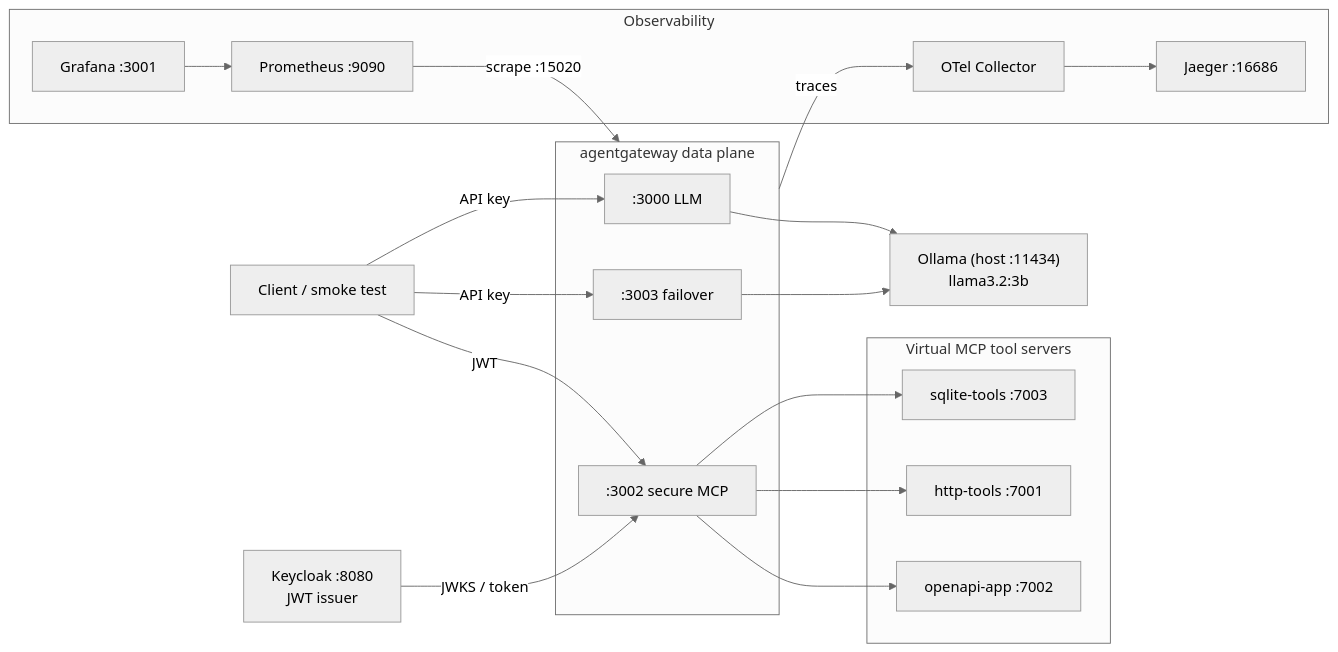
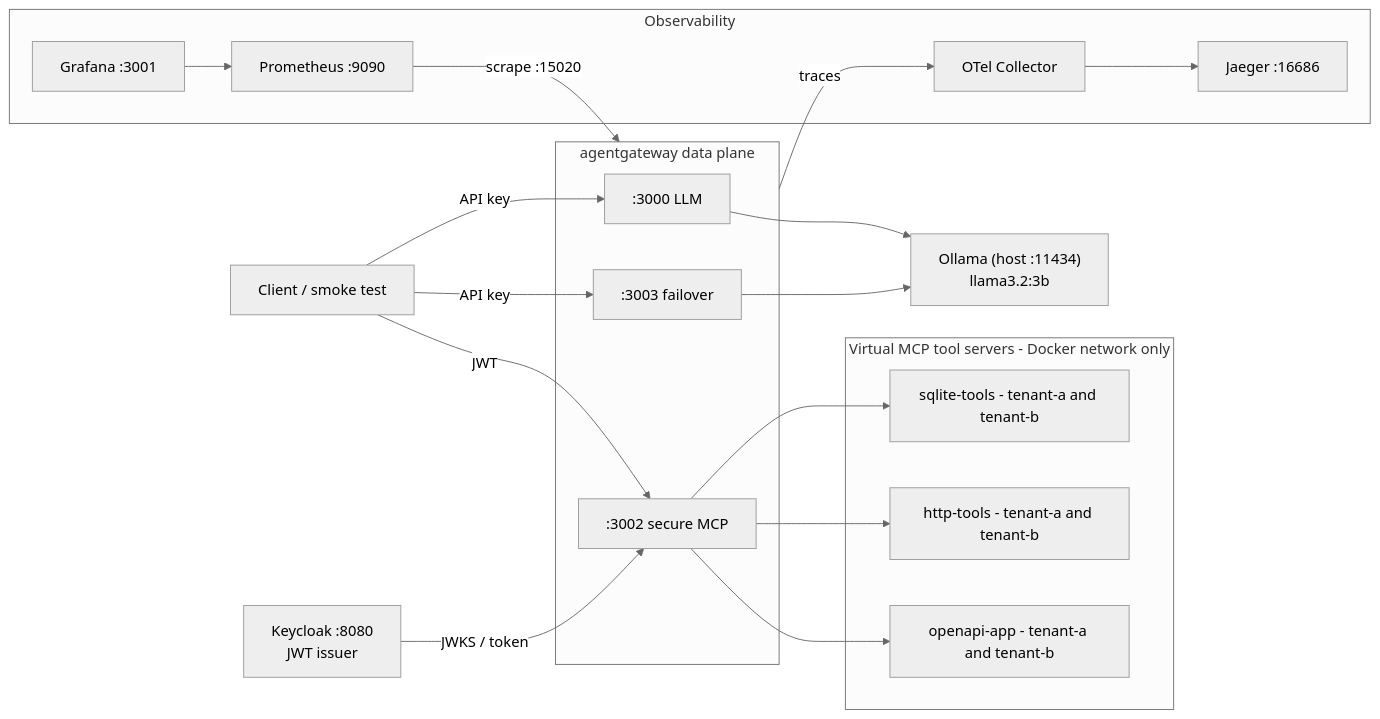
Before and after one commit to GuruduGanesh/agentgateway-secure-mcp-platform: the diagram in docs/demo/DEMO.md, drawn with Mermaid (neutral theme). The commit also changed other lines of this file and 28 other files, not shown here.

````diff
--- a/docs/demo/DEMO.md
+++ b/docs/demo/DEMO.md
@@ -59,30 +59,30 @@
 ```mermaid
 flowchart LR
   Client["Client / smoke test"]
   subgraph Gateways["agentgateway data plane"]
     LLM[":3000 LLM"]
     FO[":3003 failover"]
     MCP[":3002 secure MCP"]
   end
   Ollama["Ollama (host :11434)\nllama3.2:3b"]
   KC["Keycloak :8080\nJWT issuer"]
-  subgraph Tools["Virtual MCP tool servers"]
-    SQ["sqlite-tools :7003"]
-    HT["http-tools :7001"]
-    OA["openapi-app :7002"]
+  subgraph Tools["Virtual MCP tool servers - Docker network only"]
+    SQ["sqlite-tools - tenant-a and tenant-b"]
+    HT["http-tools - tenant-a and tenant-b"]
+    OA["openapi-app - tenant-a and tenant-b"]
   end
   subgraph Obs["Observability"]
     OT["OTel Collector"]
     PR["Prometheus :9090"]
     GR["Grafana :3001"]
     JG["Jaeger :16686"]
   end
 
   Client -->|API key| LLM --> Ollama
   Client -->|API key| FO --> Ollama
   Client -->|JWT| MCP --> SQ & HT & OA
   KC -->|JWKS / token| MCP
   Gateways -->|traces| OT --> JG
   PR -->|scrape :15020| Gateways
   GR --> PR
 ```
````
